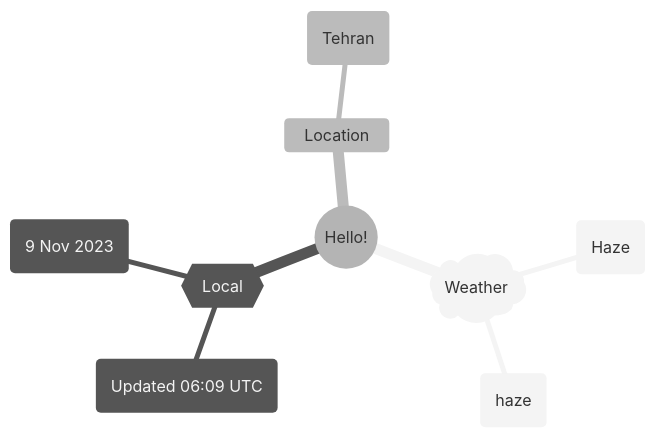
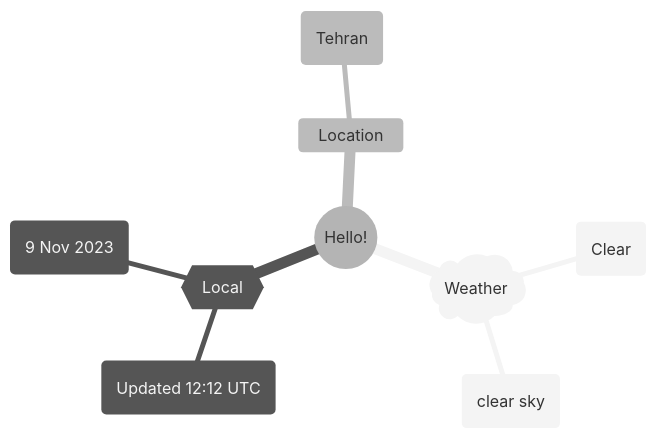
One commit to Xosrov/Xosrov changed the first of 2 diagrams in README.md. Above: the diagram before and after it, drawn with Mermaid (neutral theme).

Commit message:
[bot] updated images

````diff
--- a/README.md
+++ b/README.md
@@ -3,12 +3,12 @@
 ```mermaid
 mindmap
   root((Hello!))
     )Weather(
-        (Haze)
-        (haze)
+        (Clear)
+        (clear sky)
     {{Local}}
-        (Updated 06:09 UTC)
+        (Updated 12:12 UTC)
         (9 Nov 2023)
     Location
         (Tehran)
 ```
````
